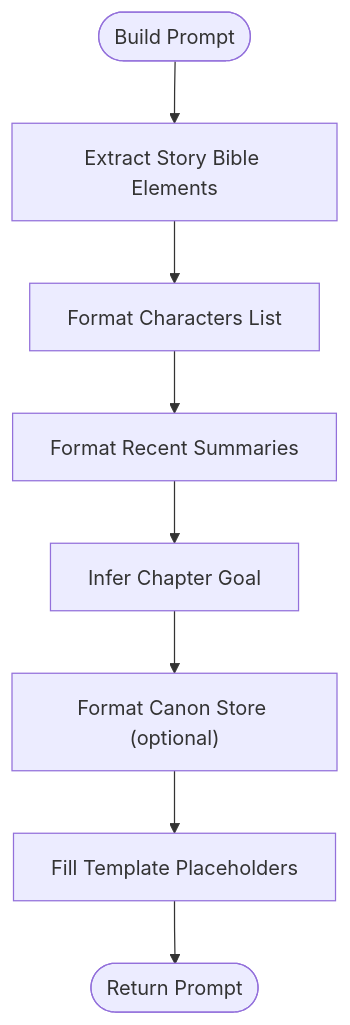
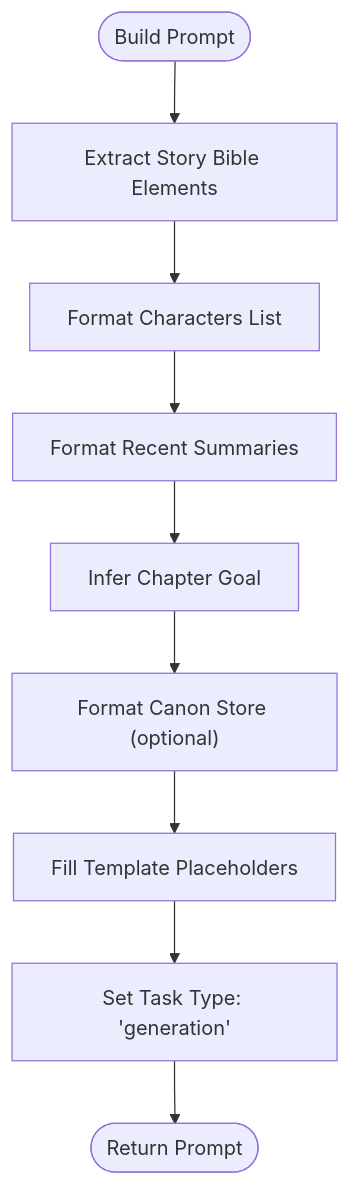
One commit to liwonder/NARRITIVE_OS changed the fourth of 9 diagrams in .qoder/repowiki/en/content/AI Agent System/Writer Agent.md. Above: the diagram before and after it, drawn with Mermaid. The commit also changed other lines of this file and 12 other files, not shown here.

````diff
--- a/.qoder/repowiki/en/content/AI Agent System/Writer Agent.md
+++ b/.qoder/repowiki/en/content/AI Agent System/Writer Agent.md
@@ -223,10 +234,11 @@
 ```mermaid
 flowchart TD
 Start(["Build Prompt"]) --> SB["Extract Story Bible Elements"]
 SB --> Chars["Format Characters List"]
 Chars --> Summaries["Format Recent Summaries"]
 Summaries --> Goal["Infer Chapter Goal"]
 Goal --> Canon["Format Canon Store (optional)"]
 Canon --> Template["Fill Template Placeholders"]
-Template --> End(["Return Prompt"])
+Template --> Task["Set Task Type: 'generation'"]
+Task --> End(["Return Prompt"])
 ```
````
